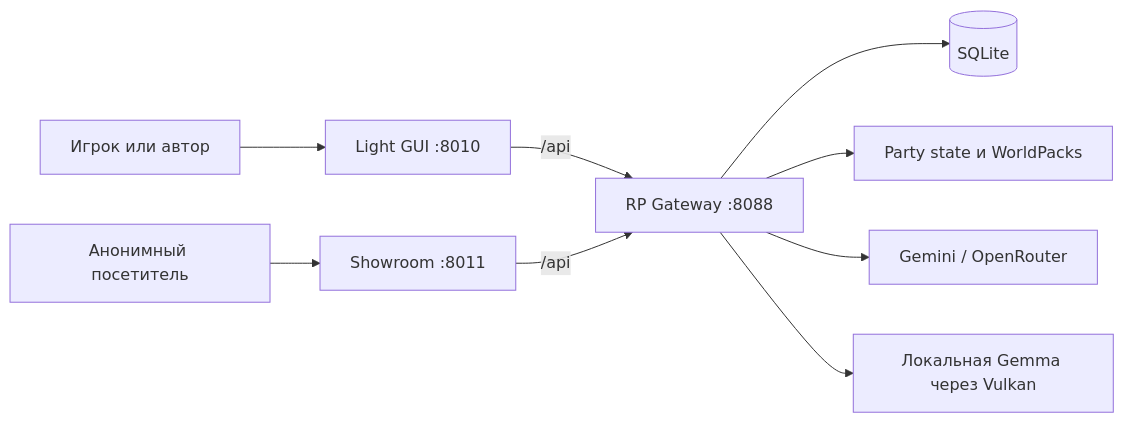
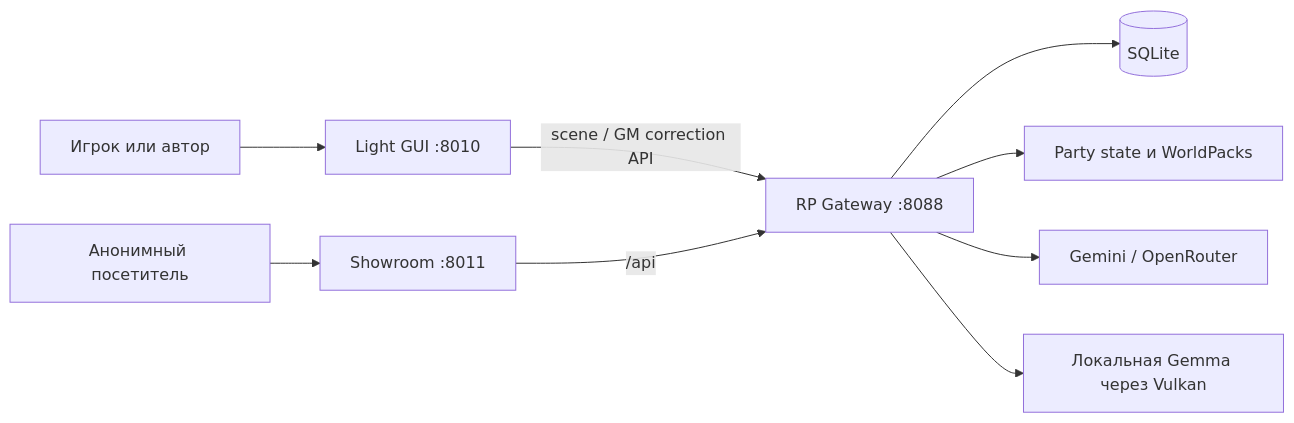
The diagram in docs/wiki/README.md (abykovwww-byte/ubuntu_ansible_palybooks), drawn with Mermaid before and after one commit. The commit also changed other lines of this file and 30 other files, not shown here.

````diff
--- a/docs/wiki/README.md
+++ b/docs/wiki/README.md
@@ -158,11 +168,11 @@
 ```mermaid
 flowchart LR
     P["Игрок или автор"] --> L["Light GUI :8010"]
     V["Анонимный посетитель"] --> S["Showroom :8011"]
-    L -->|"/api"| G["RP Gateway :8088"]
+    L -->|"scene / GM correction API"| G["RP Gateway :8088"]
     S -->|"/api"| G
     G --> DB[("SQLite")]
     G --> FS["Party state и WorldPacks"]
     G --> C["Gemini / OpenRouter"]
     G --> M["Локальная Gemma через Vulkan"]
 ```
````
